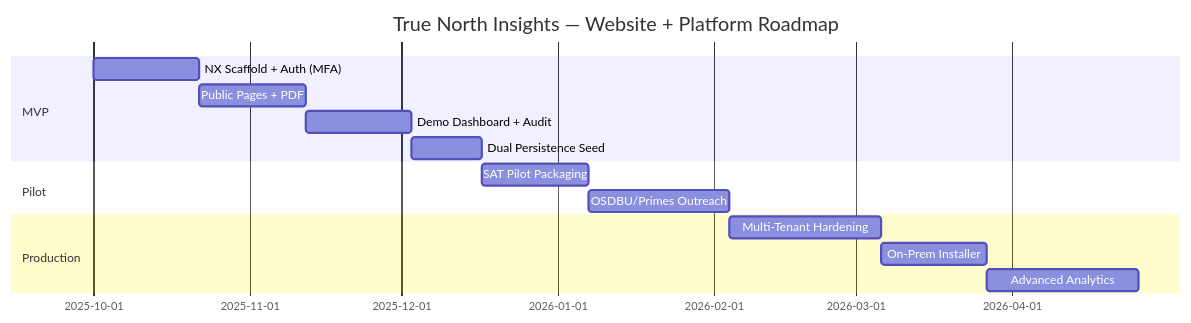
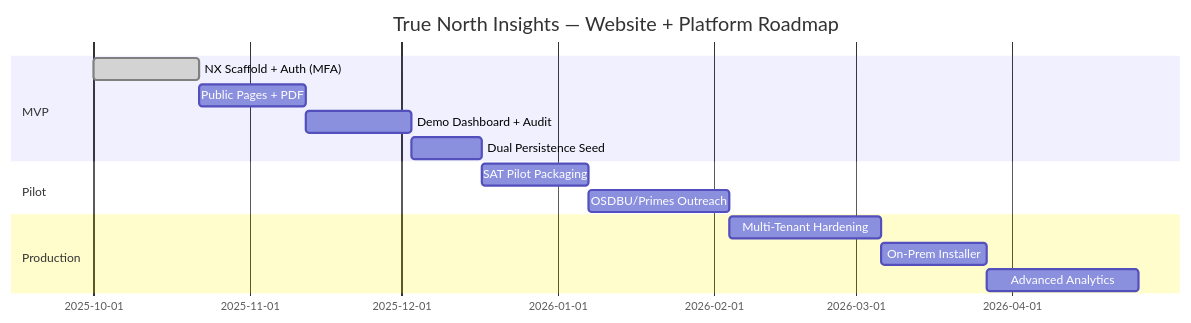
One commit to JeffreySanford/true-north changed the diagram in true-north-insights/documentation/roadmap.md. Above: the diagram before and after it, drawn with Mermaid. The commit also changed other lines of this file and 10 other files, not shown here.

````diff
--- a/true-north-insights/documentation/roadmap.md
+++ b/true-north-insights/documentation/roadmap.md
@@ -3,17 +10,17 @@
 ```mermaid
 gantt
     title True North Insights — Website + Platform Roadmap
     dateFormat  YYYY-MM-DD
     section MVP
-    NX Scaffold + Auth (MFA)    :a1, 2025-10-01, 21d
+    NX Scaffold + Auth (MFA)    :done, a1, 2025-10-01, 21d
     Public Pages + PDF          :a2, after a1, 21d
     Demo Dashboard + Audit      :a3, after a2, 21d
     Dual Persistence Seed       :a4, after a3, 14d
     section Pilot
     SAT Pilot Packaging         :b1, after a4, 21d
     OSDBU/Primes Outreach       :b2, after b1, 28d
     section Production
     Multi‑Tenant Hardening      :c1, after b2, 30d
     On‑Prem Installer           :c2, after c1, 21d
     Advanced Analytics          :c3, after c2, 30d
 ```
````
